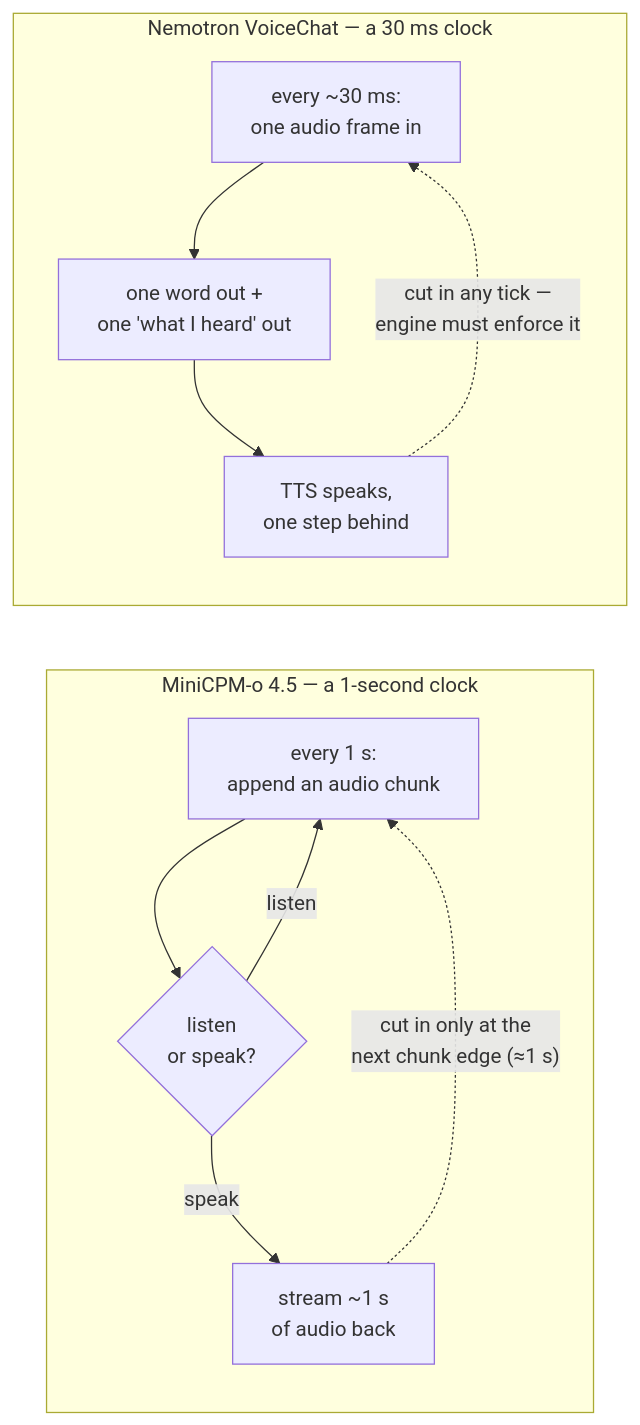
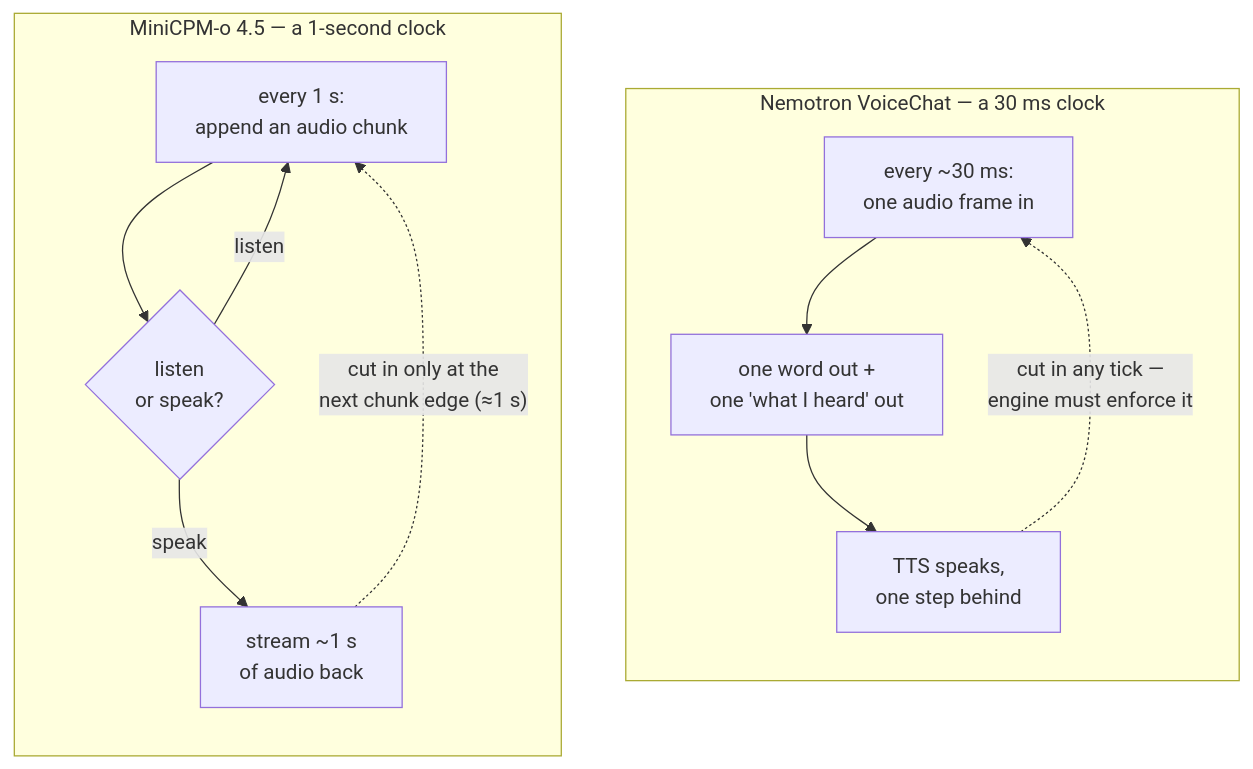
One commit to lishunyang12/lishunyang12.github.io changed the fifth of 10 diagrams in content/blog/full-duplex-session.md. Above: the diagram before and after it, drawn with Mermaid. The commit also changed other lines of this file, not shown here.

````diff
--- a/content/blog/full-duplex-session.md
+++ b/content/blog/full-duplex-session.md
@@ -150,15 +163,16 @@
 ```mermaid
 flowchart LR
     subgraph M["MiniCPM-o 4.5 — a 1-second clock"]
         direction TB
         m1["every 1 s:<br/>append an audio chunk"] --> m2{"listen<br/>or speak?"}
         m2 -- speak --> m3["stream ~1 s<br/>of audio back"]
         m2 -- listen --> m1
         m3 -. "cut in only at the<br/>next chunk edge (≈1 s)" .-> m1
     end
     subgraph N["Nemotron VoiceChat — a 30 ms clock"]
         direction TB
         n1["every ~30 ms:<br/>one audio frame in"] --> n2["one word out +<br/>one 'what I heard' out"] --> n3["TTS speaks,<br/>one step behind"]
         n3 -. "cut in any tick —<br/>engine must enforce it" .-> n1
     end
+    M ~~~ N
 ```
````
